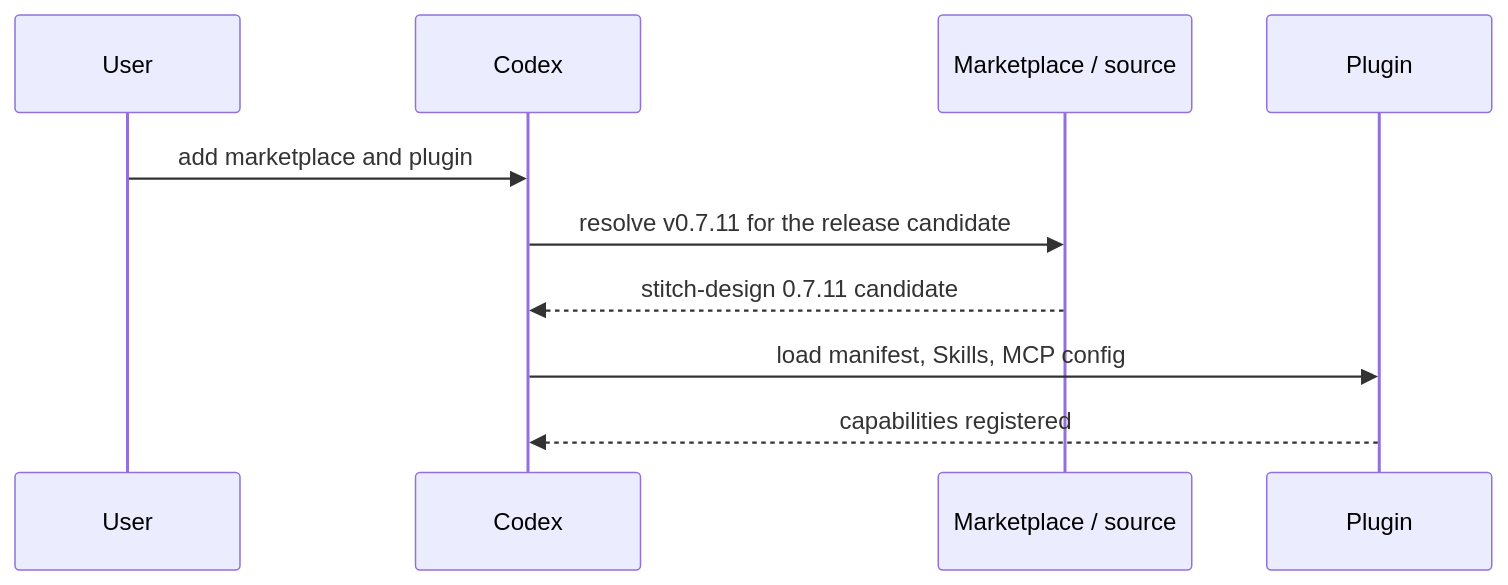
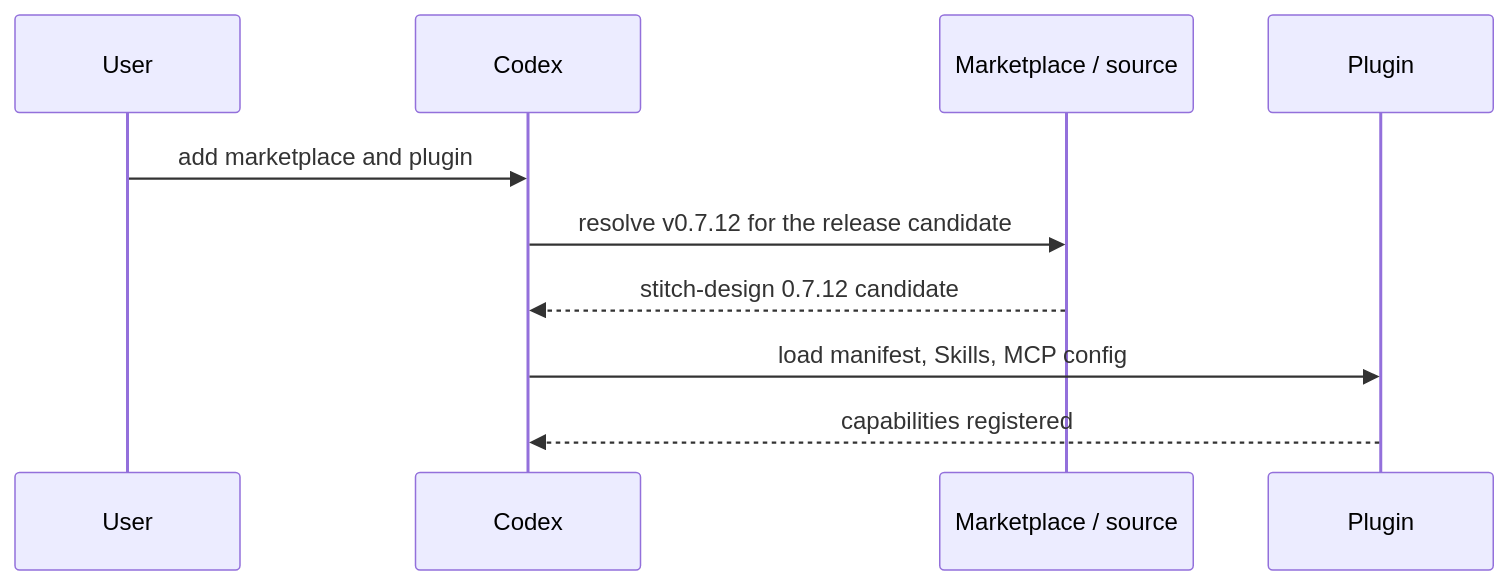
Before and after one commit to full-stack-plugins/stitch-design-plugin: the seventh of 11 diagrams in docs/Stitch-Design-Architecture.md, drawn with Mermaid. The commit also changed other lines of this file and 18 other files, not shown here.

````diff
--- a/docs/Stitch-Design-Architecture.md
+++ b/docs/Stitch-Design-Architecture.md
@@ -175,12 +175,12 @@
 ```mermaid
 sequenceDiagram
     participant U as User
     participant C as Codex
     participant M as Marketplace / source
     participant P as Plugin
     U->>C: add marketplace and plugin
-    C->>M: resolve v0.7.11 for the release candidate
-    M-->>C: stitch-design 0.7.11 candidate
+    C->>M: resolve v0.7.12 for the release candidate
+    M-->>C: stitch-design 0.7.12 candidate
     C->>P: load manifest, Skills, MCP config
     P-->>C: capabilities registered
 ```
````
